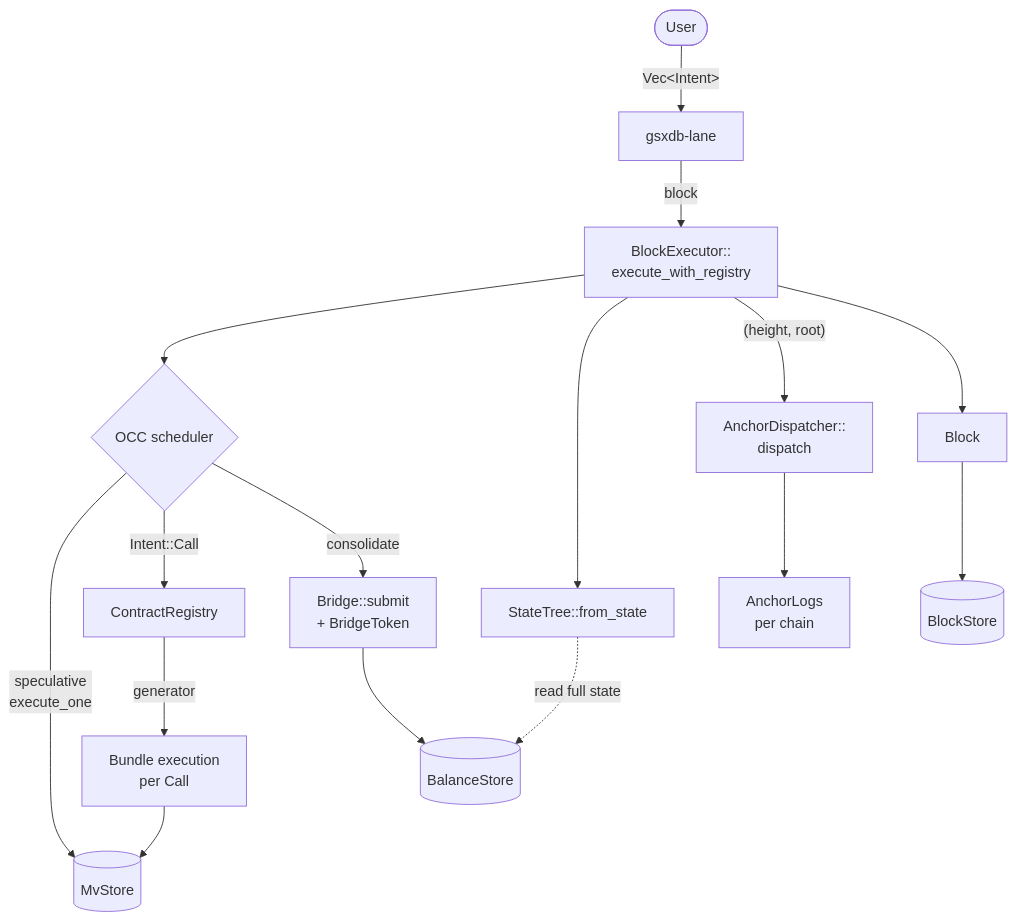
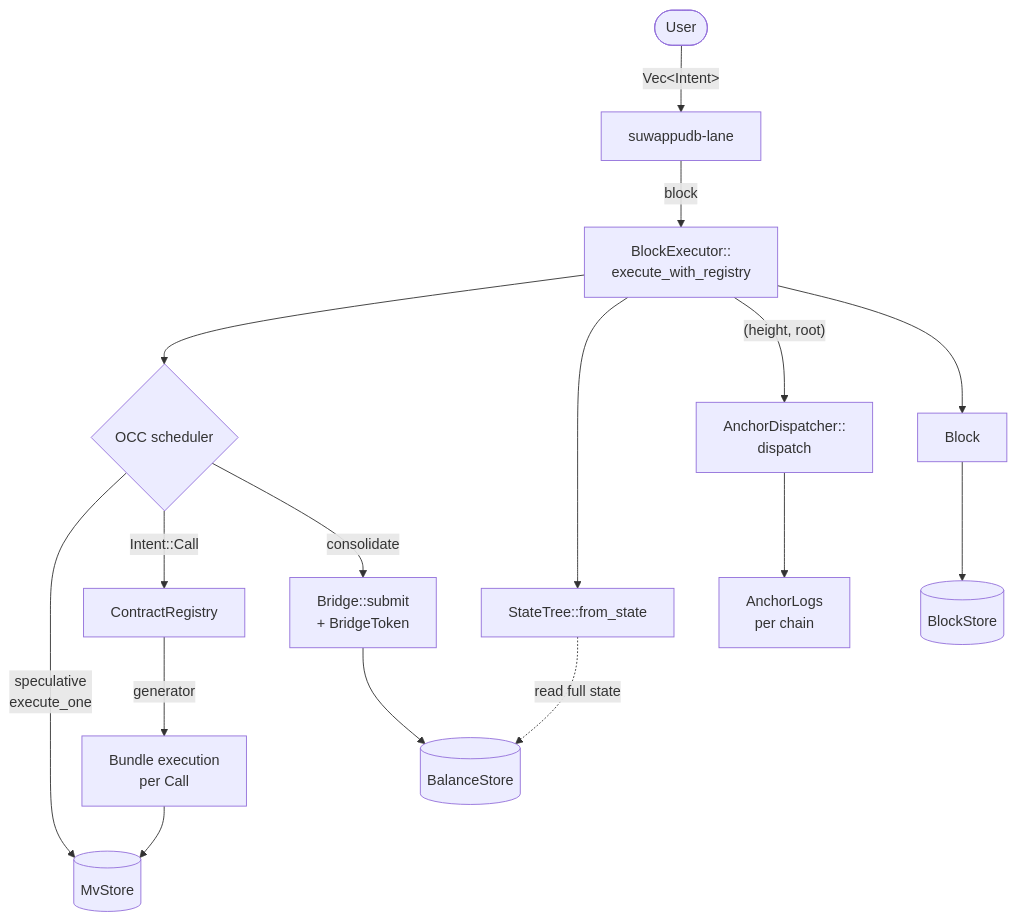
One commit to Suwappu-Labs/suwappu-db changed the first of 10 diagrams in docs/architecture/data-flow.md. Above: the diagram before and after it, drawn with Mermaid. The commit also changed other lines of this file and 232 other files, not shown here.

````diff
--- a/docs/architecture/data-flow.md
+++ b/docs/architecture/data-flow.md
@@ -8,33 +8,33 @@
 ```mermaid
 flowchart TB
     User([User])
-    Lane[gsxdb-lane]
+    Lane[suwappudb-lane]
     BlockExec[BlockExecutor::<br/>execute_with_registry]
     OCC{OCC scheduler}
     MvStore[(MvStore)]
     Registry[ContractRegistry]
     BundleExec[Bundle execution<br/>per Call]
     Bridge[Bridge::submit<br/>+ BridgeToken]
     Store[(BalanceStore)]
     Tree[StateTree::from_state]
     Anchor[AnchorDispatcher::<br/>dispatch]
     Logs[AnchorLogs<br/>per chain]
     Block[Block]
     BlockStore[(BlockStore)]
 
     User -- "Vec&lt;Intent&gt;" --> Lane
     Lane -- block --> BlockExec
     BlockExec --> OCC
     OCC -- "speculative<br/>execute_one" --> MvStore
     OCC -- "Intent::Call" --> Registry
     Registry -- generator --> BundleExec
     BundleExec --> MvStore
     OCC -- consolidate --> Bridge
     Bridge --> Store
     BlockExec --> Tree
     Tree -.read full state.-> Store
     BlockExec -- "(height, root)" --> Anchor
     Anchor --> Logs
     BlockExec --> Block
     Block --> BlockStore
 ```
````
